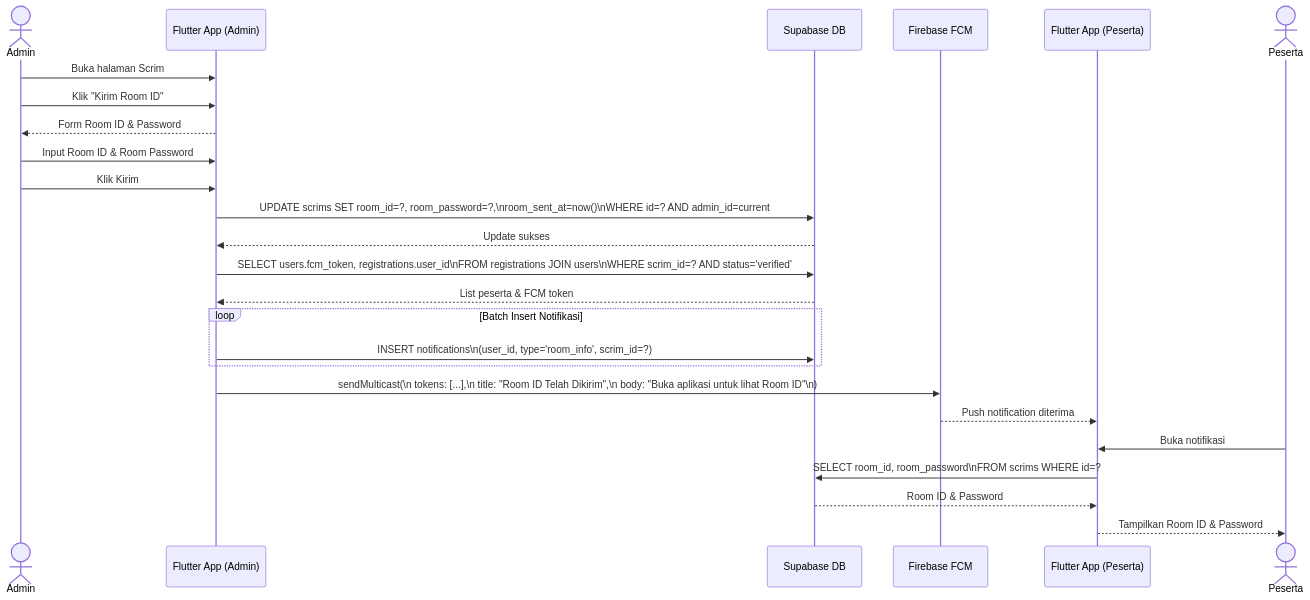
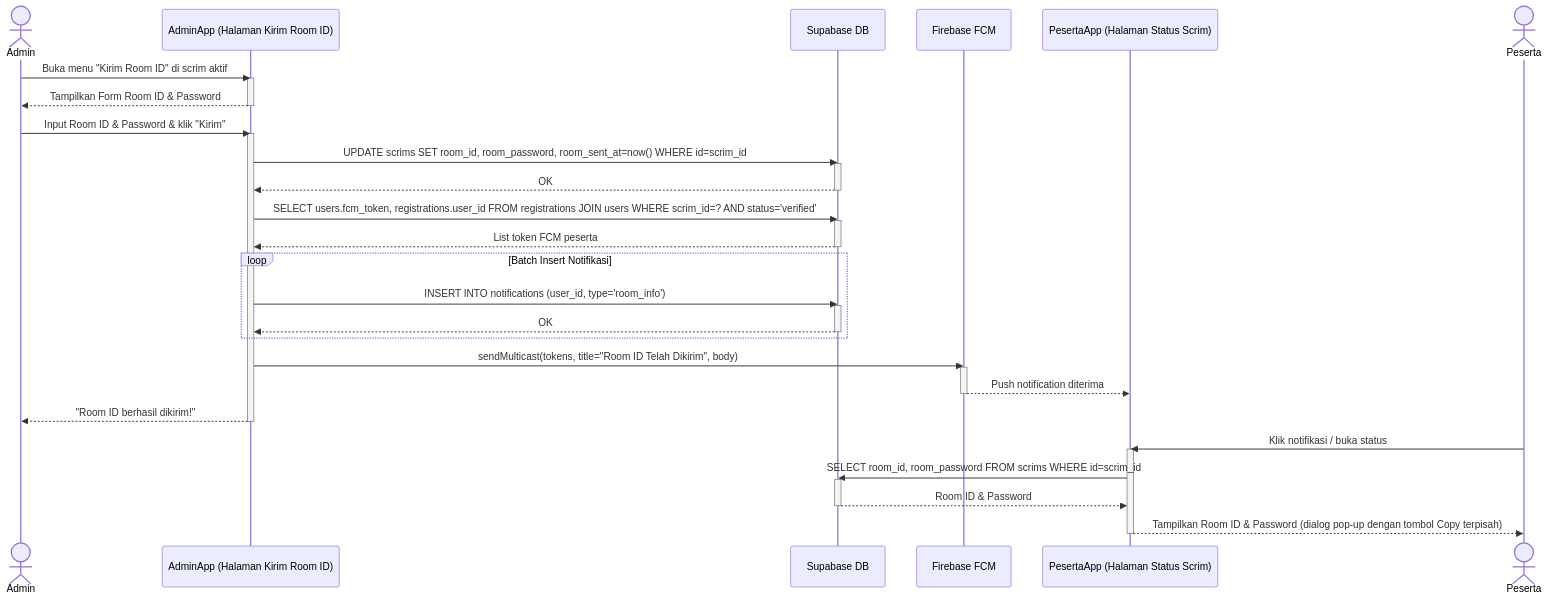
Before and after one commit to yosima050/booyahhub: diagram 38 of 47 in DOKUMENTASI.md, drawn with Mermaid. The commit also changed other lines of this file, not shown here.

Commit message:
docs: update user flow documentation with expanded process steps and refined sequence diagrams

````diff
--- a/DOKUMENTASI.md
+++ b/DOKUMENTASI.md
@@ -1226,34 +1443,49 @@
 ```mermaid
 sequenceDiagram
     actor Admin
-    participant AdminApp as Flutter App (Admin)
+    participant AdminApp as AdminApp (Halaman Kirim Room ID)
     participant DB as Supabase DB
     participant FCM as Firebase FCM
-    participant PesertaApp as Flutter App (Peserta)
+    participant PesertaApp as PesertaApp (Halaman Status Scrim)
     actor Peserta
 
-    Admin->>AdminApp: Buka halaman Scrim
-    Admin->>AdminApp: Klik "Kirim Room ID"
-    AdminApp-->>Admin: Form Room ID & Password
+    Admin->>AdminApp: Buka menu "Kirim Room ID" di scrim aktif
+    activate AdminApp
+    AdminApp-->>Admin: Tampilkan Form Room ID & Password
+    deactivate AdminApp
 
-    Admin->>AdminApp: Input Room ID & Room Password
-    Admin->>AdminApp: Klik Kirim
+    Admin->>AdminApp: Input Room ID & Password & klik "Kirim"
+    activate AdminApp
+    AdminApp->>DB: UPDATE scrims SET room_id, room_password, room_sent_at=now() WHERE id=scrim_id
+    activate DB
+    DB-->>AdminApp: OK
+    deactivate DB
 
-    AdminApp->>DB: UPDATE scrims SET room_id=?, room_password=?,\nroom_sent_at=now()\nWHERE id=? AND admin_id=current
-    DB-->>AdminApp: Update sukses
-
-    AdminApp->>DB: SELECT users.fcm_token, registrations.user_id\nFROM registrations JOIN users\nWHERE scrim_id=? AND status='verified'
-    DB-->>AdminApp: List peserta & FCM token
+    AdminApp->>DB: SELECT users.fcm_token, registrations.user_id FROM registrations JOIN users WHERE scrim_id=? AND status='verified'
+    activate DB
+    DB-->>AdminApp: List token FCM peserta
+    deactivate DB
 
     loop Batch Insert Notifikasi
-        AdminApp->>DB: INSERT notifications\n(user_id, type='room_info', scrim_id=?)
+        AdminApp->>DB: INSERT INTO notifications (user_id, type='room_info')
+        activate DB
+        DB-->>AdminApp: OK
+        deactivate DB
     end
 
-    AdminApp->>FCM: sendMulticast(\n  tokens: [...],\n  title: "Room ID Telah Dikirim",\n  body: "Buka aplikasi untuk lihat Room ID"\n)
+    AdminApp->>FCM: sendMulticast(tokens, title="Room ID Telah Dikirim", body)
+    activate FCM
     FCM-->>PesertaApp: Push notification diterima
+    deactivate FCM
+    AdminApp-->>Admin: "Room ID berhasil dikirim!"
+    deactivate AdminApp
 
-    Peserta->>PesertaApp: Buka notifikasi
-    PesertaApp->>DB: SELECT room_id, room_password\nFROM scrims WHERE id=?
+    Peserta->>PesertaApp: Klik notifikasi / buka status
+    activate PesertaApp
+    PesertaApp->>DB: SELECT room_id, room_password FROM scrims WHERE id=scrim_id
+    activate DB
     DB-->>PesertaApp: Room ID & Password
-    PesertaApp-->>Peserta: Tampilkan Room ID & Password
+    deactivate DB
+    PesertaApp-->>Peserta: Tampilkan Room ID & Password (dialog pop-up dengan tombol Copy terpisah)
+    deactivate PesertaApp
 ```
````
